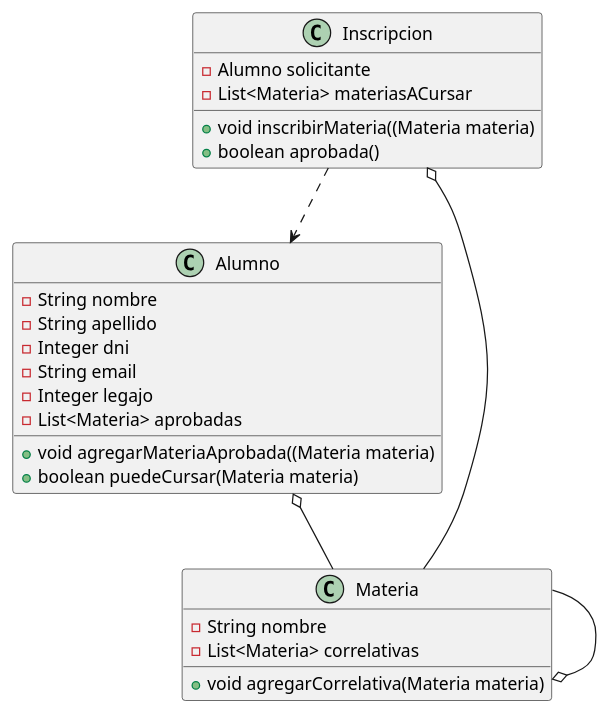
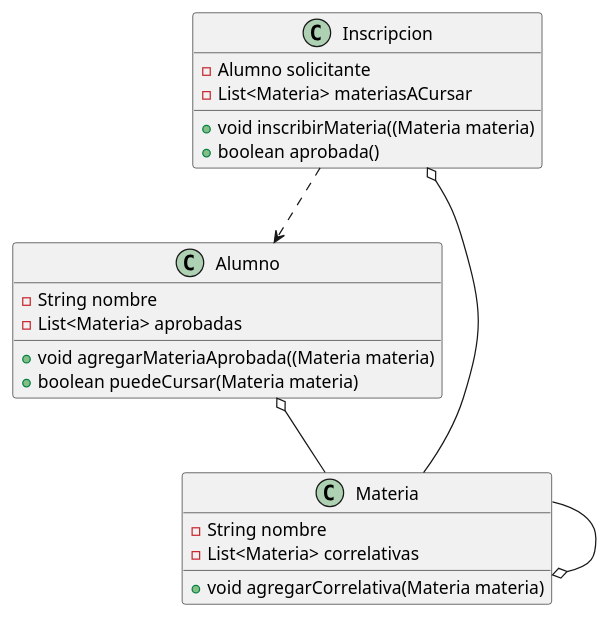
Before and after one commit to cevillalba9955/dds-correlativas: the diagram in src/correlatividades.puml, drawn with PlantUML. The commit also changed 4 other files, not shown here.

```diff
--- a/src/correlatividades.puml
+++ b/src/correlatividades.puml
@@ -1,33 +1,29 @@
 @startuml
 'https://plantuml.com/class-diagram
 
 Inscripcion ..> Alumno
 Alumno o-- Materia
 Inscripcion o-- Materia
 Materia --o Materia
 
 class Materia{
 - String nombre
 - List<Materia> correlativas
 + void agregarCorrelativa(Materia materia)
 }
 
 class Alumno {
 - String nombre
-- String apellido
-- Integer dni
-- String email
-- Integer legajo
 - List<Materia> aprobadas
 + void agregarMateriaAprobada((Materia materia)
 + boolean puedeCursar(Materia materia)
 }
 
 class Inscripcion{
 - Alumno solicitante
 - List<Materia> materiasACursar
 + void inscribirMateria((Materia materia)
 + boolean aprobada()
 }
 
 @enduml
```
